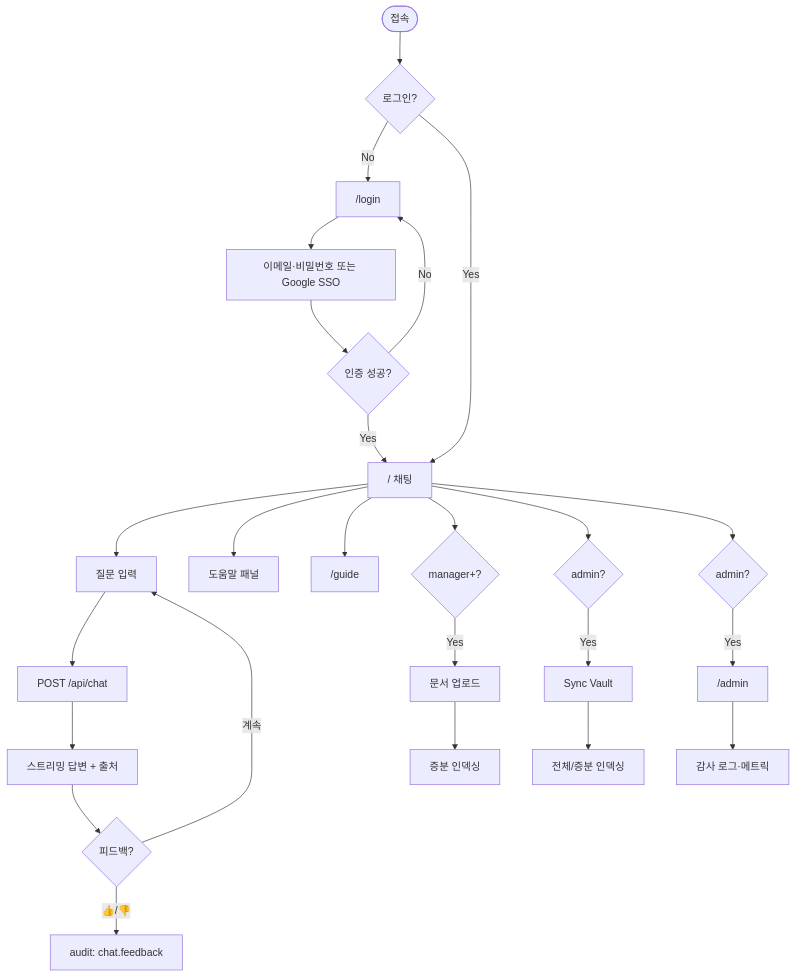
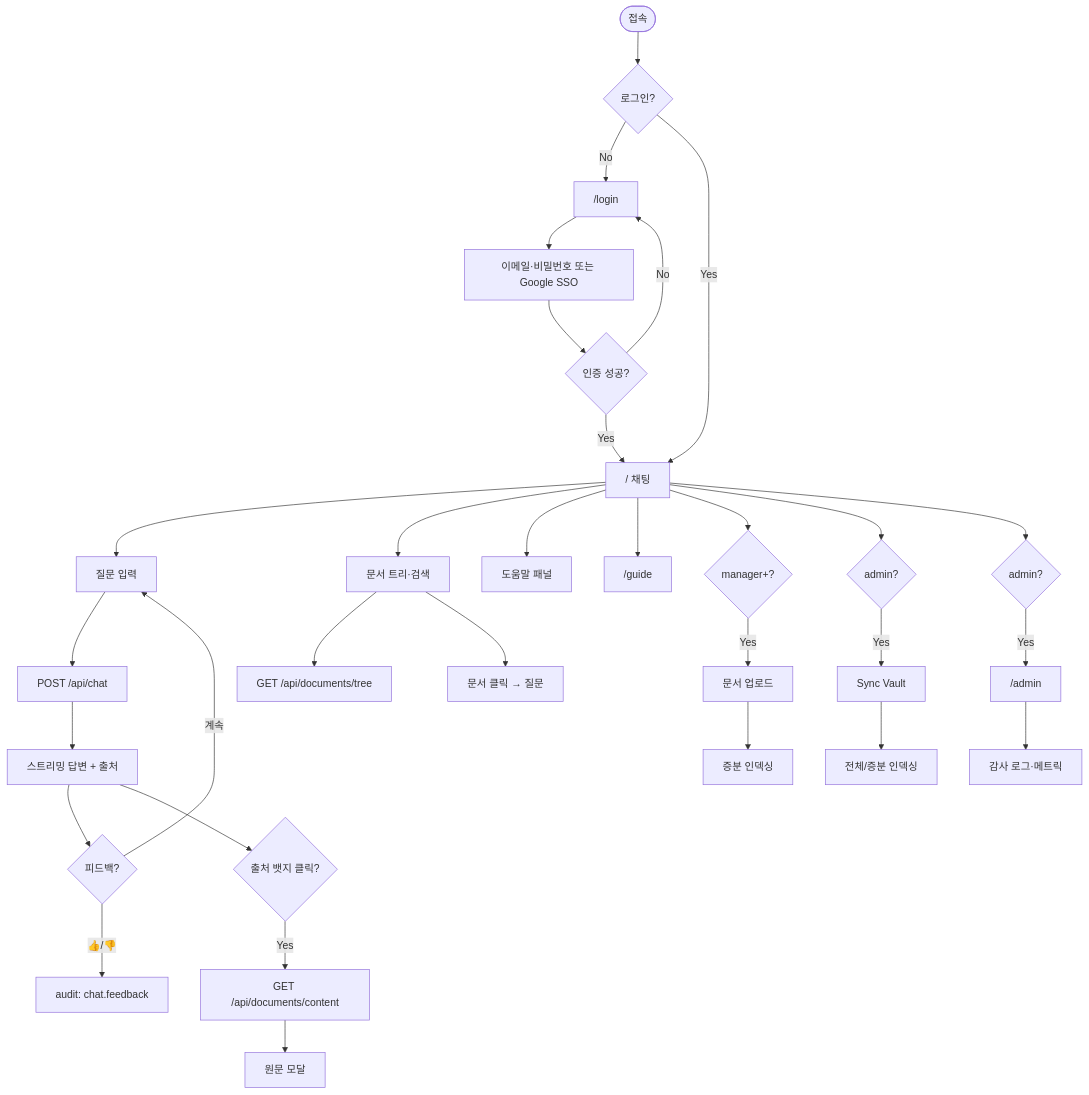
One commit to dayainow/corp-brain changed the first of 5 diagrams in docs/deliverables/04_화면흐름도.md. Above: the diagram before and after it, drawn with Mermaid. The commit also changed other lines of this file and 25 other files, not shown here.

````diff
--- a/docs/deliverables/04_화면흐름도.md
+++ b/docs/deliverables/04_화면흐름도.md
@@ -13,31 +13,39 @@
 ```mermaid
 flowchart TD
     Start([접속]) --> Auth{로그인?}
     Auth -->|No| Login["/login"]
     Login --> Cred[이메일·비밀번호 또는 Google SSO]
     Cred --> AuthOK{인증 성공?}
     AuthOK -->|No| Login
     AuthOK -->|Yes| Chat["/ 채팅"]
     Auth -->|Yes| Chat
 
     Chat --> Q[질문 입력]
     Q --> API["POST /api/chat"]
     API --> Ans[스트리밍 답변 + 출처]
     Ans --> FB{피드백?}
     FB -->|👍/👎| AuditF[audit: chat.feedback]
     FB -->|계속| Q
 
+    Chat --> Tree[문서 트리·검색]
+    Tree --> TreeAPI["GET /api/documents/tree"]
+    Tree --> DocQ[문서 클릭 → 질문]
+
+    Ans --> Cite{출처 뱃지 클릭?}
+    Cite -->|Yes| Preview["GET /api/documents/content"]
+    Preview --> Modal[원문 모달]
+
     Chat --> Help[도움말 패널]
     Chat --> Guide["/guide"]
     Chat --> Upload{manager+?}
     Upload -->|Yes| UpModal[문서 업로드]
     UpModal --> Index1[증분 인덱싱]
 
     Chat --> Sync{admin?}
     Sync -->|Yes| SyncBtn[Sync Vault]
     SyncBtn --> Index2[전체/증분 인덱싱]
 
     Chat --> AdminLink{admin?}
     AdminLink -->|Yes| Admin["/admin"]
     Admin --> Logs[감사 로그·메트릭]
 ```
````
